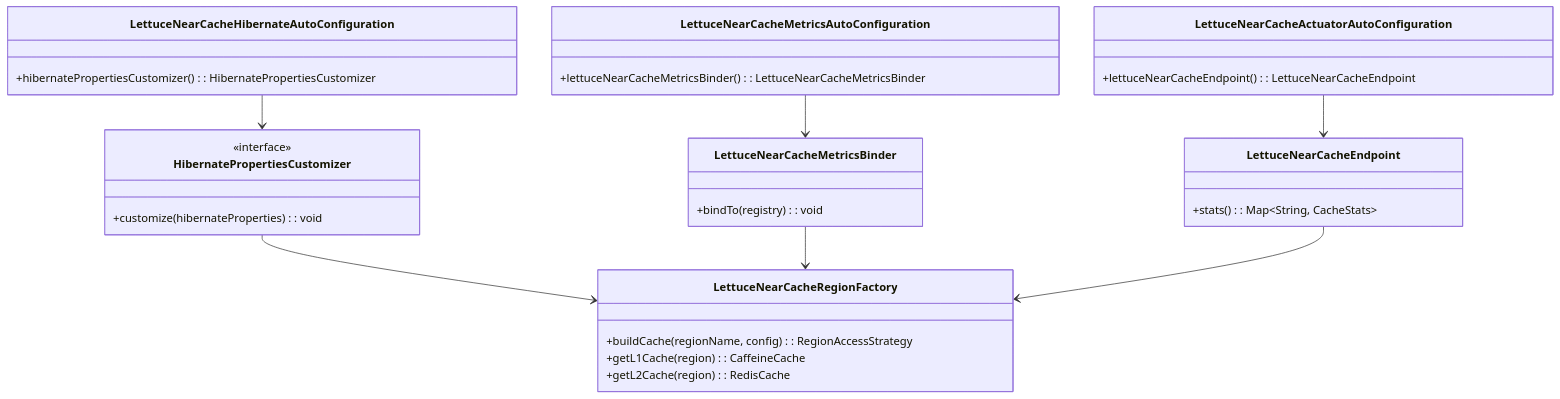
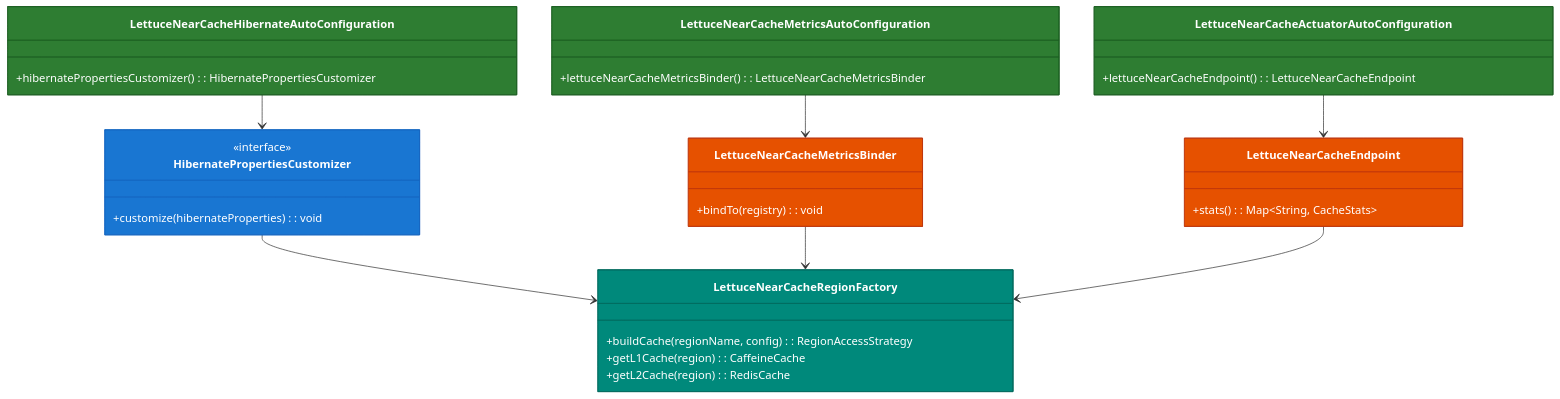
One commit to bluetape4k/bluetape4k-projects changed the first of 2 diagrams in spring-boot4/hibernate-lettuce/README.ko.md. Above: the diagram before and after it, drawn with Mermaid. The commit also changed other lines of this file and 221 other files, not shown here.

First line of the commit message:
docs: 전체 모듈 README UML 다이어그램 보강 및 색상 업그레이드

````diff
--- a/spring-boot4/hibernate-lettuce/README.ko.md
+++ b/spring-boot4/hibernate-lettuce/README.ko.md
@@ -13,34 +13,42 @@
 ```mermaid
 classDiagram
     class LettuceNearCacheHibernateAutoConfiguration {
         +hibernatePropertiesCustomizer(): HibernatePropertiesCustomizer
     }
     class LettuceNearCacheMetricsAutoConfiguration {
         +lettuceNearCacheMetricsBinder(): LettuceNearCacheMetricsBinder
     }
     class LettuceNearCacheActuatorAutoConfiguration {
         +lettuceNearCacheEndpoint(): LettuceNearCacheEndpoint
     }
     class HibernatePropertiesCustomizer {
         <<interface>>
         +customize(hibernateProperties): void
     }
     class LettuceNearCacheRegionFactory {
         +buildCache(regionName, config): RegionAccessStrategy
         +getL1Cache(region): CaffeineCache
         +getL2Cache(region): RedisCache
     }
     class LettuceNearCacheMetricsBinder {
         +bindTo(registry): void
     }
     class LettuceNearCacheEndpoint {
         +stats(): Map~String, CacheStats~
     }
 
     LettuceNearCacheHibernateAutoConfiguration --> HibernatePropertiesCustomizer
     HibernatePropertiesCustomizer --> LettuceNearCacheRegionFactory
     LettuceNearCacheMetricsAutoConfiguration --> LettuceNearCacheMetricsBinder
     LettuceNearCacheActuatorAutoConfiguration --> LettuceNearCacheEndpoint
     LettuceNearCacheMetricsBinder --> LettuceNearCacheRegionFactory
     LettuceNearCacheEndpoint --> LettuceNearCacheRegionFactory
+
+    style LettuceNearCacheHibernateAutoConfiguration fill:#2E7D32,stroke:#1B5E20,color:#FFFFFF
+    style LettuceNearCacheMetricsAutoConfiguration fill:#2E7D32,stroke:#1B5E20,color:#FFFFFF
+    style LettuceNearCacheActuatorAutoConfiguration fill:#2E7D32,stroke:#1B5E20,color:#FFFFFF
+    style HibernatePropertiesCustomizer fill:#1976D2,stroke:#1565C0,color:#FFFFFF
+    style LettuceNearCacheRegionFactory fill:#00897B,stroke:#00695C,color:#FFFFFF
+    style LettuceNearCacheMetricsBinder fill:#E65100,stroke:#BF360C,color:#FFFFFF
+    style LettuceNearCacheEndpoint fill:#E65100,stroke:#BF360C,color:#FFFFFF
 ```
````
